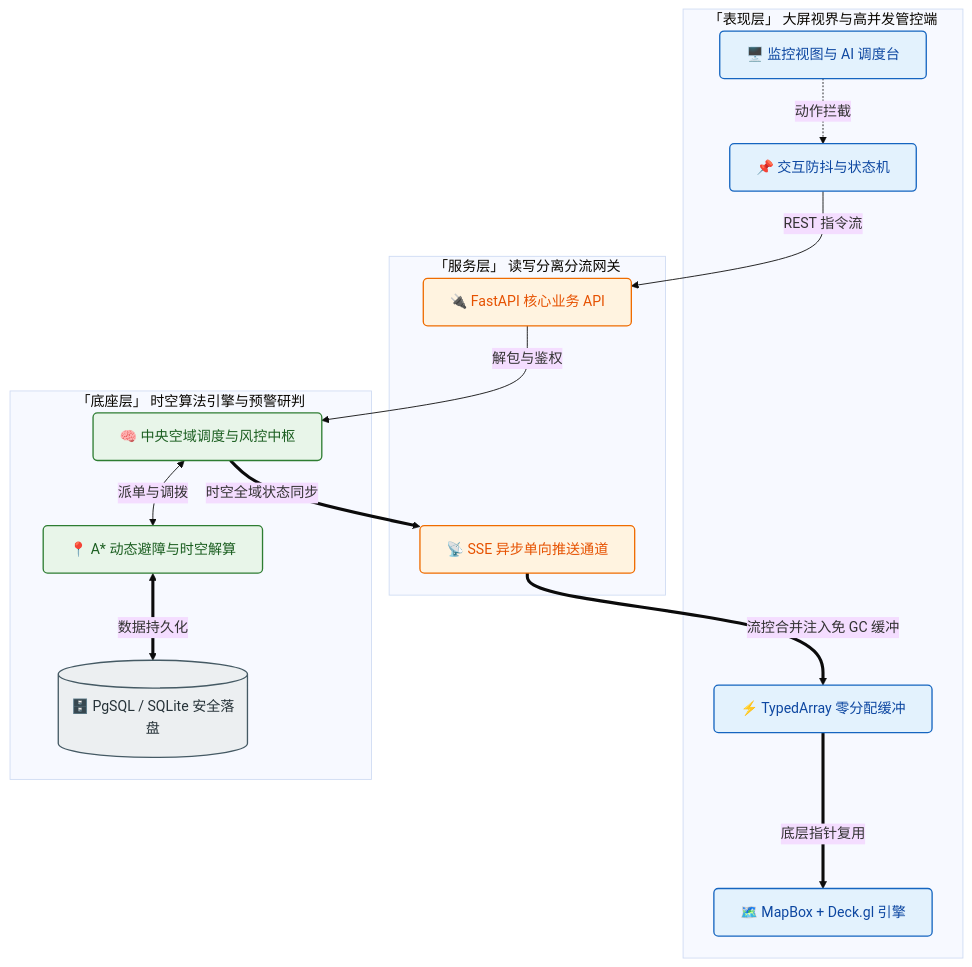
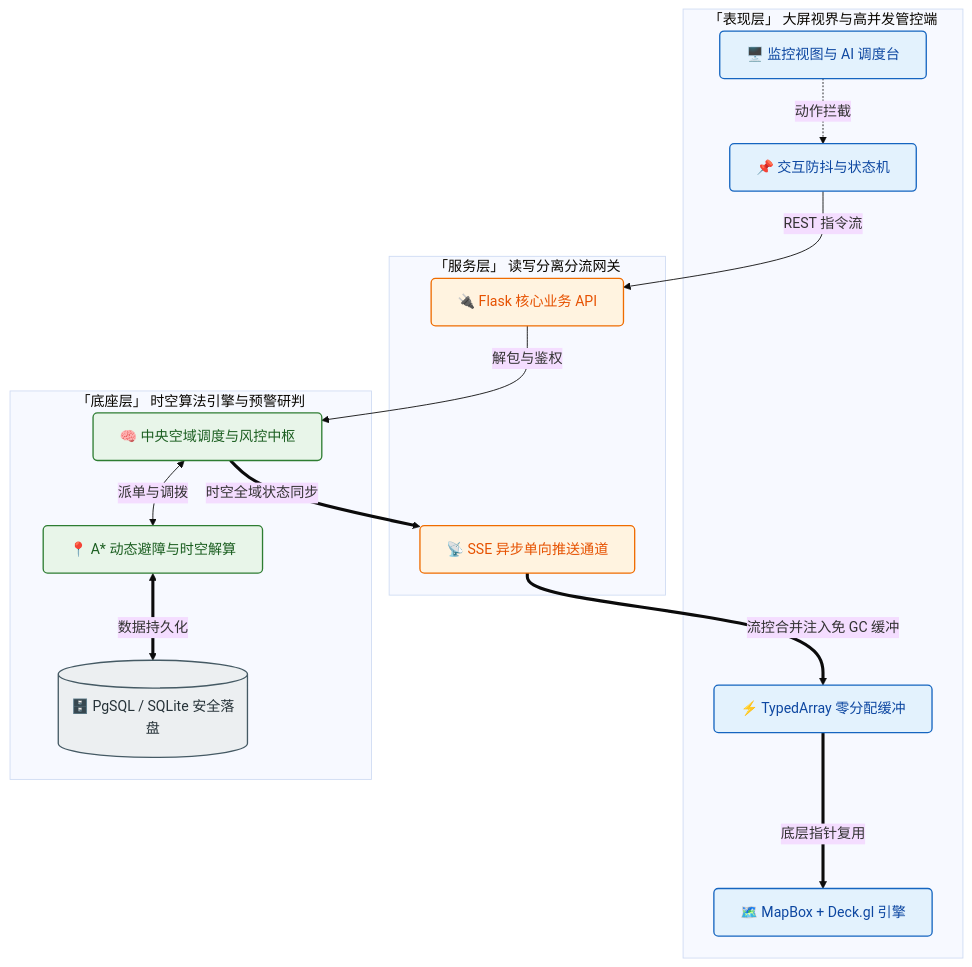
Before and after one commit to because666/clone: the diagram in README.md, drawn with Mermaid (base theme). The commit also changed other lines of this file and 35 other files, not shown here.

````diff
--- a/README.md
+++ b/README.md
@@ -84,49 +84,49 @@
 ```mermaid
 flowchart TD
     %% 样式表 (轻量工业风与柔和对比)
     classDef frontend fill:#E3F2FD,stroke:#1565C0,stroke-width:1.5px,rx:5px,color:#0D47A1
     classDef middleware fill:#FFF3E0,stroke:#EF6C00,stroke-width:1.5px,rx:5px,color:#E65100
     classDef backend fill:#E8F5E9,stroke:#2E7D32,stroke-width:1.5px,rx:5px,color:#1B5E20
     classDef database fill:#ECEFF1,stroke:#455A64,stroke-width:1.5px,color:#263238
 
     %% ============ 节点实体 ============
     %% 前端层
     UI[🖥️ 监控视图与 AI 调度台]:::frontend
     Hook[📌 交互防抖与状态机]:::frontend
     Pool[⚡ TypedArray 零分配缓冲]:::frontend
     Render[🗺️ MapBox + Deck.gl 引擎]:::frontend
 
     %% 服务网关层
-    API[🔌 FastAPI 核心业务 API]:::middleware
+    API[🔌 Flask 核心业务 API]:::middleware
     Push[📡 SSE 异步单向推送通道]:::middleware
 
     %% 后端算法底座
     Engine[🧠 中央空域调度与风控中枢]:::backend
     Planner[📍 A* 动态避障与时空解算]:::backend
     DB[(🗄️ PgSQL / SQLite 安全落盘)]:::database
 
     %% ============ 系统分层图块 ============
     subgraph Client ["「表现层」 大屏视界与高并发管控端"]
         UI -.->|"动作拦截"| Hook
         Pool ===>|"底层指针复用"| Render
     end
 
     subgraph Gateway ["「服务层」 读写分离分流网关"]
         API
         Push
     end
 
     subgraph Server ["「底座层」 时空算法引擎与预警研判"]
         Engine <-->|"派单与调拨"| Planner
         Planner <==>|"数据持久化"| DB
     end
 
     %% ============ 核心数据流转 ============
     %% 1. 上行业务链路 (Action Flow)
     Hook -- "REST 指令流" --> API
     API -- "解包与鉴权" --> Engine
 
     %% 2. 下行渲染心跳流 (Render Flow)
     Engine =="时空全域状态同步"==> Push
     Push =="流控合并注入免 GC 缓冲"==> Pool
 ```
````
